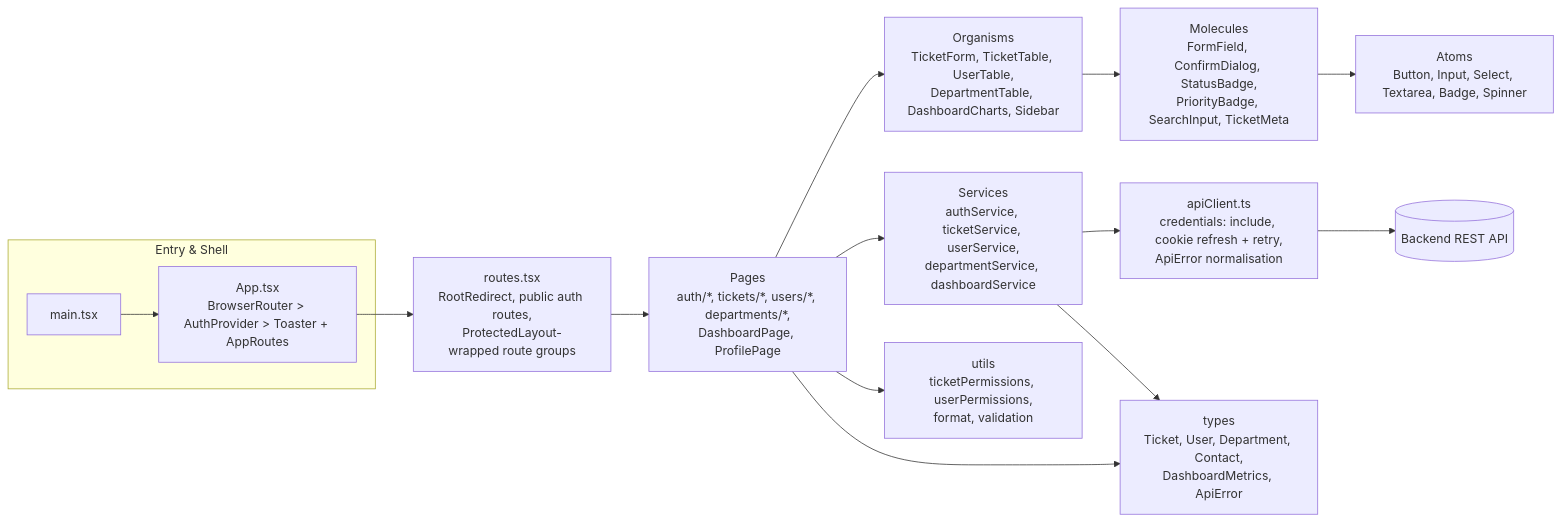
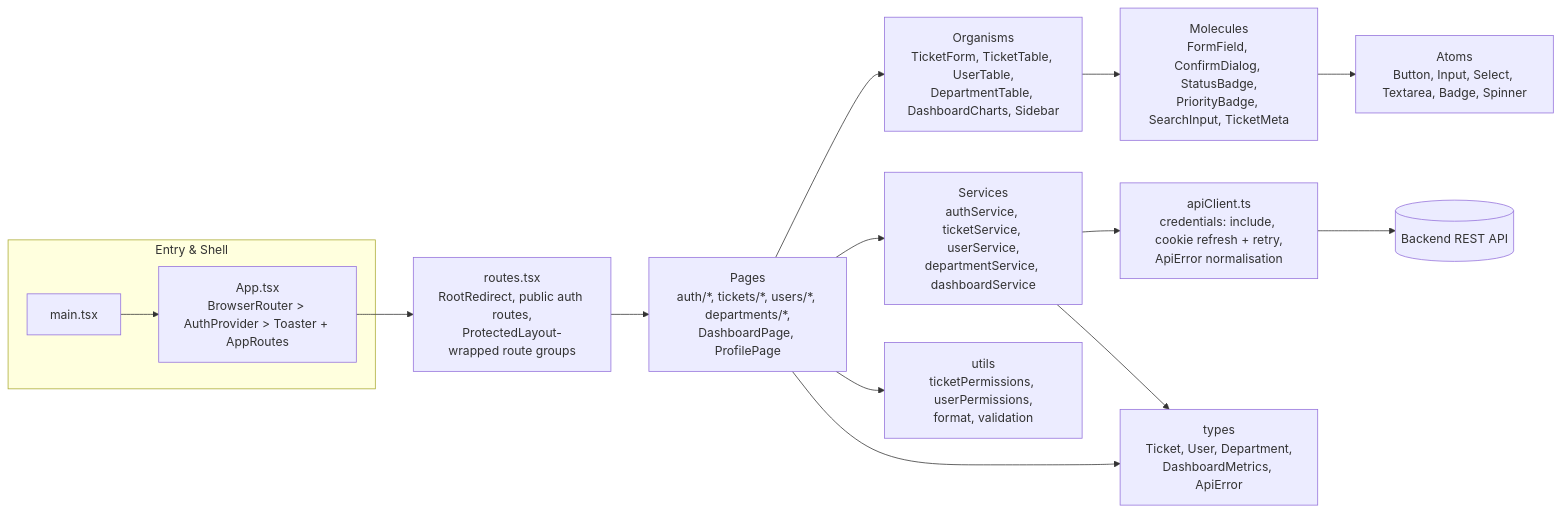
Before and after one commit to abhinavuniyalSG/ticket-management: the first of 8 diagrams in Frontend/docs/FRONTEND_DOCUMENTATION.md, drawn with Mermaid. The commit also changed other lines of this file and 28 other files, not shown here.

````diff
--- a/Frontend/docs/FRONTEND_DOCUMENTATION.md
+++ b/Frontend/docs/FRONTEND_DOCUMENTATION.md
@@ -44,21 +44,21 @@
 ```mermaid
 flowchart LR
     subgraph Entry["Entry & Shell"]
         main["main.tsx"] --> App["App.tsx\nBrowserRouter > AuthProvider > Toaster + AppRoutes"]
     end
 
     App --> Routes["routes.tsx\nRootRedirect, public auth routes,\nProtectedLayout-wrapped route groups"]
     Routes --> Pages["Pages\nauth/*, tickets/*, users/*, departments/*,\nDashboardPage, ProfilePage"]
 
     Pages --> Organisms["Organisms\nTicketForm, TicketTable, UserTable,\nDepartmentTable, DashboardCharts, Sidebar"]
     Organisms --> Molecules["Molecules\nFormField, ConfirmDialog, StatusBadge,\nPriorityBadge, SearchInput, TicketMeta"]
     Molecules --> Atoms["Atoms\nButton, Input, Select, Textarea, Badge, Spinner"]
 
     Pages --> Services["Services\nauthService, ticketService, userService,\ndepartmentService, dashboardService"]
     Services --> ApiClient["apiClient.ts\ncredentials: include, cookie refresh + retry,\nApiError normalisation"]
     ApiClient --> Backend[("Backend REST API")]
 
     Pages --> Utils["utils\nticketPermissions, userPermissions,\nformat, validation"]
-    Pages --> Types["types\nTicket, User, Department, Contact,\nDashboardMetrics, ApiError"]
+    Pages --> Types["types\nTicket, User, Department,\nDashboardMetrics, ApiError"]
     Services --> Types
 ```
````
